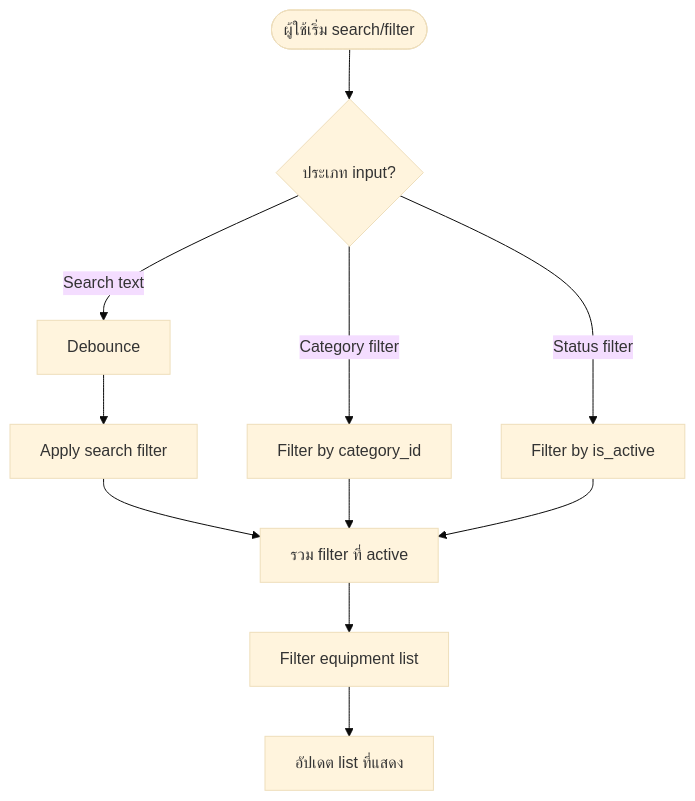
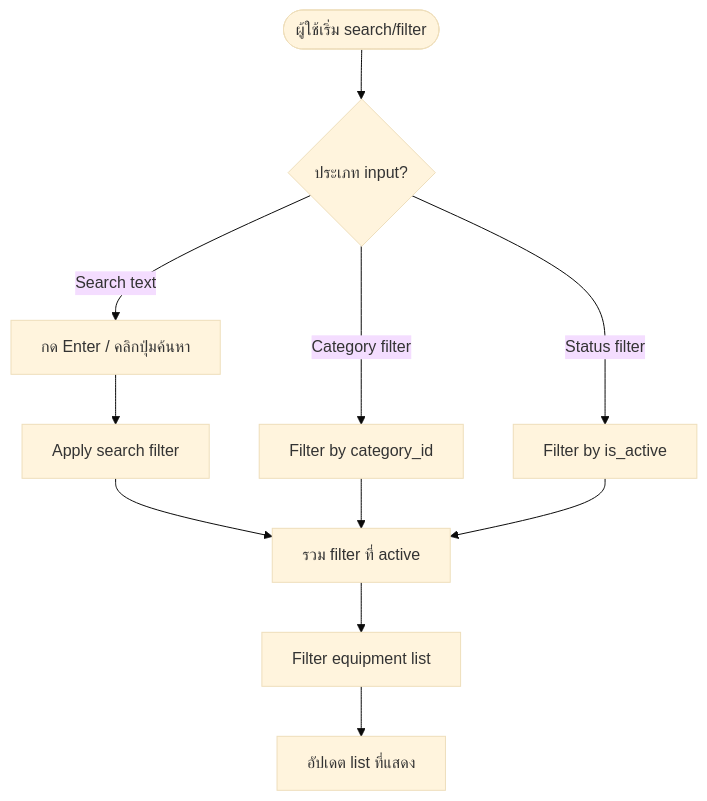
One commit to CarmenSoftware-organization/carmen-wiki changed the diagram in th/inventory/recipe/equipment.md. Above: the diagram before and after it, drawn with Mermaid (base theme). The commit also changed other lines of this file and 20 other files, not shown here.

Commit message:
fix(product,master-data,recipe): correct 13 diagrams against code, drop disabled-export diagram (review round 1)

````diff
--- a/th/inventory/recipe/equipment.md
+++ b/th/inventory/recipe/equipment.md
@@ -41,13 +41,13 @@
 ```mermaid
 flowchart TD
     Start(["ผู้ใช้เริ่ม search/filter"]) --> InputType{"ประเภท input?"}
-    InputType -->|"Search text"| Debounce["Debounce"]
-    Debounce --> SearchFilter["Apply search filter"]
+    InputType -->|"Search text"| Submit["กด Enter / คลิกปุ่มค้นหา"]
+    Submit --> SearchFilter["Apply search filter"]
     InputType -->|"Category filter"| CategoryFilter["Filter by category_id"]
     InputType -->|"Status filter"| StatusFilter["Filter by is_active"]
     SearchFilter --> FilterChain["รวม filter ที่ active"]
     CategoryFilter --> FilterChain
     StatusFilter --> FilterChain
     FilterChain --> ApplyToList["Filter equipment list"]
     ApplyToList --> UpdateDisplay["อัปเดต list ที่แสดง"]
 ```
````
